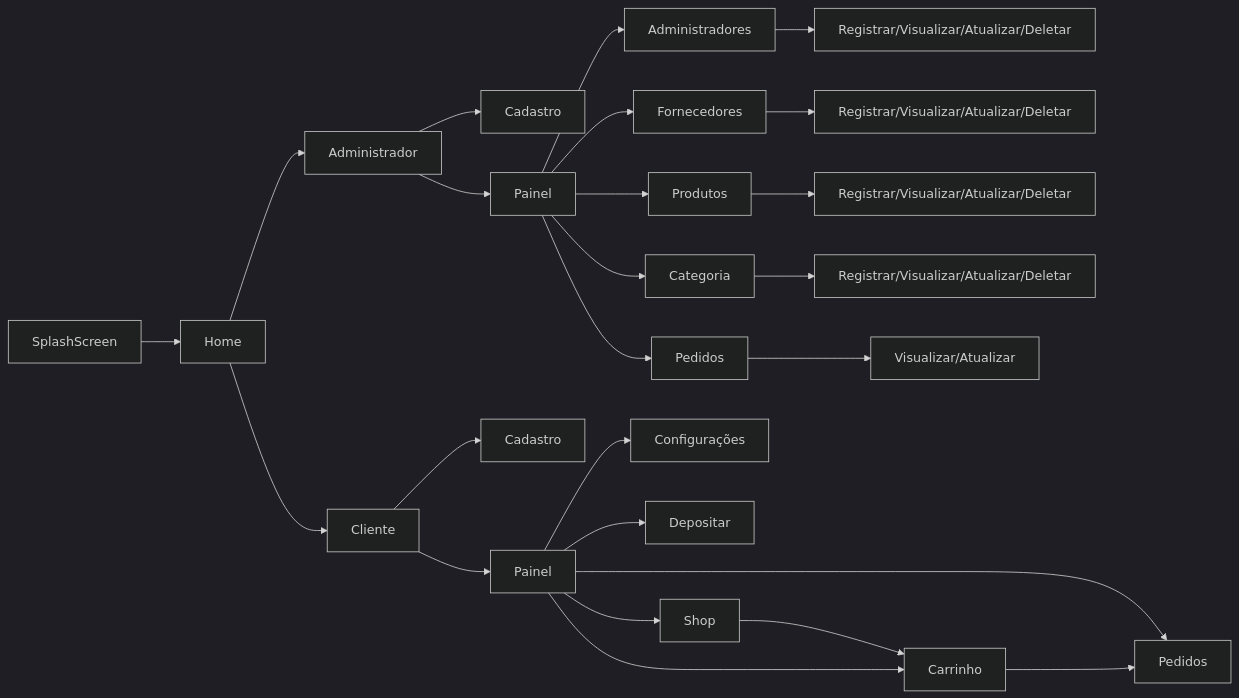
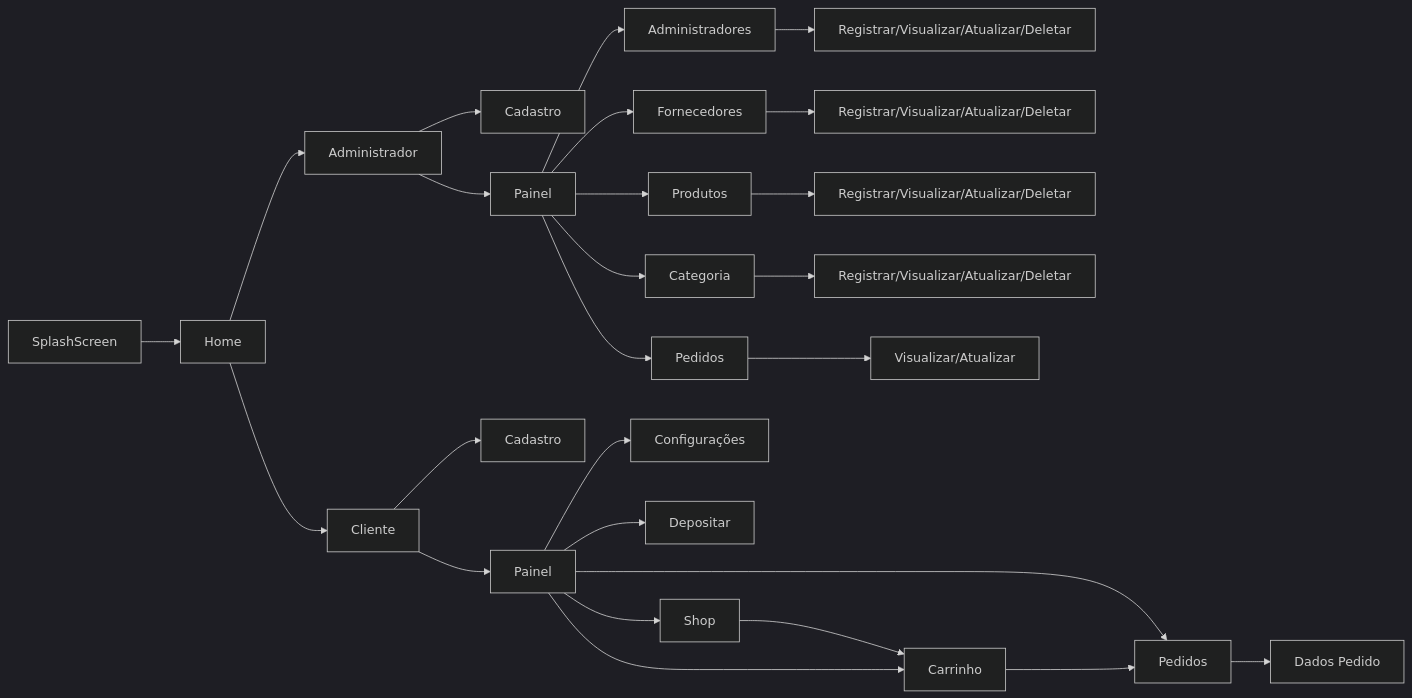
The diagram in Diagram/FLOWCHART.mermaid (WhitePoodleMoth/TrendStyle), drawn with Mermaid (dark theme) before and after one commit.

```diff
--- a/Diagram/FLOWCHART.mermaid
+++ b/Diagram/FLOWCHART.mermaid
@@ -1,37 +1,39 @@
 graph LR
     splash[SplashScreen] --> home[Home]
 
     home --> admin[Administrador]
     home --> client[Cliente]
     
     admin --> admin_register[Cadastro]
 
     admin --> admin_panel[Painel]
 
     admin_panel --> admin_admin[Administradores]
     admin_panel --> admin_vendor[Fornecedores]
     admin_panel --> admin_products[Produtos]
     admin_panel --> admin_category[Categoria]
     admin_panel --> admin_order[Pedidos]
     
     admin_admin --> admin_admin_manage[Registrar/Visualizar/Atualizar/Deletar]
     
     admin_vendor --> admin_vendor_manage[Registrar/Visualizar/Atualizar/Deletar]
 
     admin_products --> admin_products_manage[Registrar/Visualizar/Atualizar/Deletar]
     
     admin_category --> admin_category_manage[Registrar/Visualizar/Atualizar/Deletar]
 
     admin_order --> admin_order_manage[Visualizar/Atualizar]
     
     client --> client_register[Cadastro]
 
     client --> client_menu[Painel]
 
     client_menu --> client_config[Configurações]
     client_menu --> client_deposit[Depositar]
     client_menu --> client_shop[Shop]
     client_shop --> client_cart[Carrinho]
     client_menu --> client_cart
     client_menu --> client_order[Pedidos]
     client_cart --> client_order
+    
+    client_order --> client_order_details[Dados Pedido]
```
